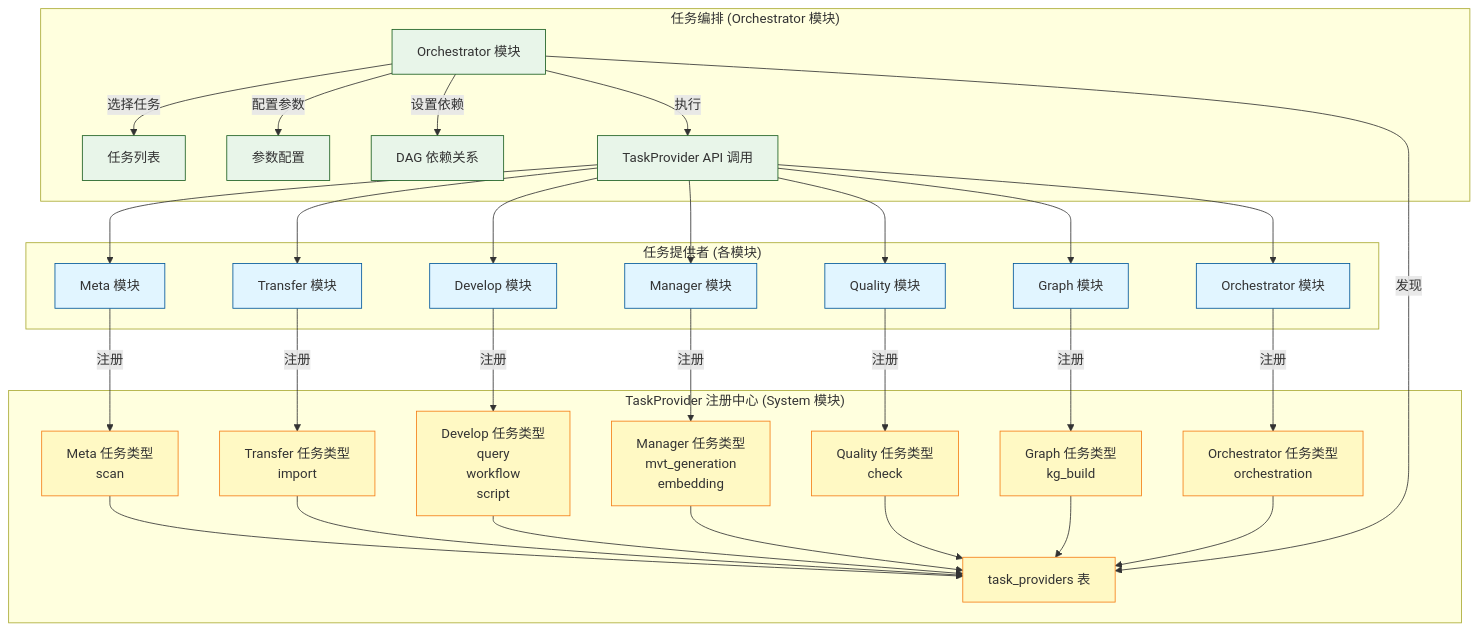
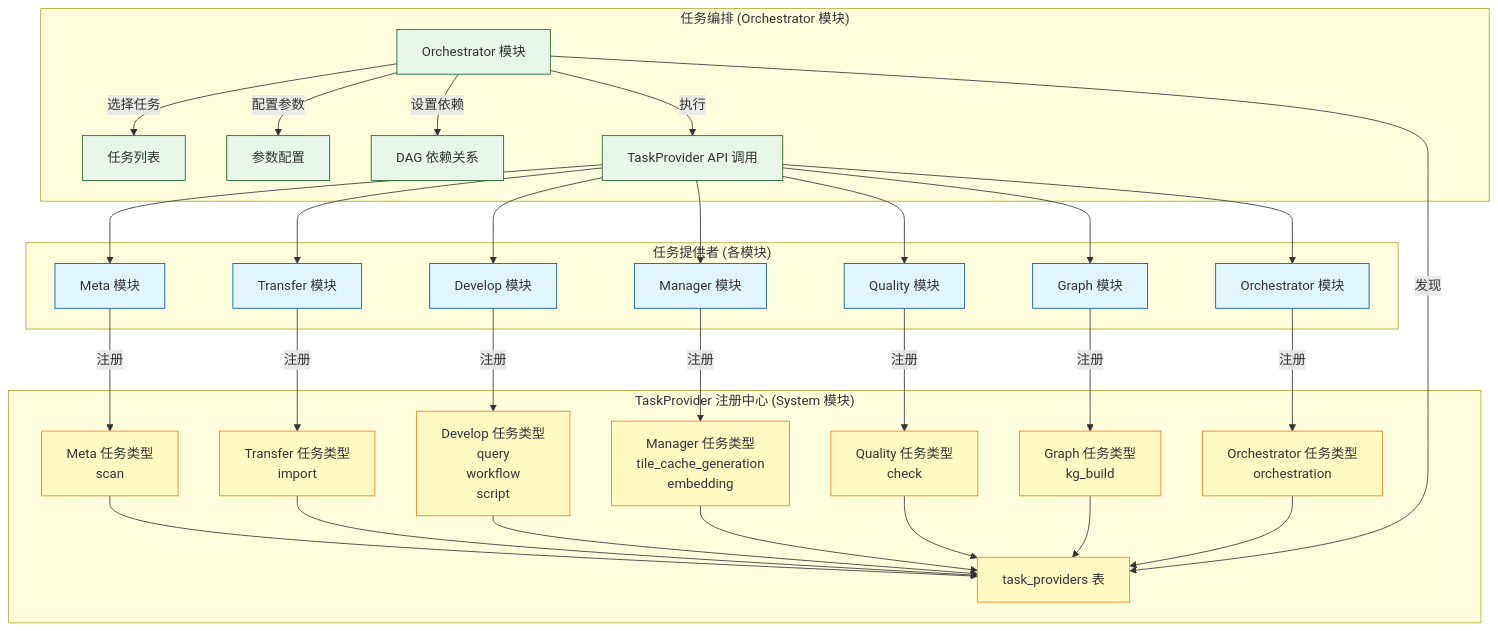
One commit to pampa0629/addp changed the first of 6 diagrams in docs/concepts/addp任务编排体系图.md. Above: the diagram before and after it, drawn with Mermaid. The commit also changed other lines of this file and 136 other files, not shown here.

````diff
--- a/docs/concepts/addp任务编排体系图.md
+++ b/docs/concepts/addp任务编排体系图.md
@@ -35,58 +35,58 @@
 ```mermaid
 graph TB
     subgraph "任务提供者 (各模块)"
         Meta[Meta 模块]
         Transfer[Transfer 模块]
         Develop[Develop 模块]
         Manager[Manager 模块]
         Quality[Quality 模块]
         Graph[Graph 模块]
         OrchestratorProvider[Orchestrator 模块]
     end
 
     subgraph "TaskProvider 注册中心 (System 模块)"
         Registry[task_providers 表]
 
         Meta --> |注册| MetaCap[Meta 任务类型<br/>scan]
         Transfer --> |注册| TransferCap[Transfer 任务类型<br/>import]
         Develop --> |注册| DevelopCap[Develop 任务类型<br/>query<br/>workflow<br/>script]
-        Manager --> |注册| ManagerCap[Manager 任务类型<br/>mvt_generation<br/>embedding]
+        Manager --> |注册| ManagerCap[Manager 任务类型<br/>tile_cache_generation<br/>embedding]
         Quality --> |注册| QualityCap[Quality 任务类型<br/>check]
         Graph --> |注册| GraphCap[Graph 任务类型<br/>kg_build]
         OrchestratorProvider --> |注册| OrchestratorCap[Orchestrator 任务类型<br/>orchestration]
 
         MetaCap --> Registry
         TransferCap --> Registry
         DevelopCap --> Registry
         ManagerCap --> Registry
         QualityCap --> Registry
         GraphCap --> Registry
         OrchestratorCap --> Registry
     end
 
     subgraph "任务编排 (Orchestrator 模块)"
         Orchestrator[Orchestrator 模块]
 
         Orchestrator --> |发现| Registry
         Orchestrator --> |选择任务| Tasks[任务列表]
         Orchestrator --> |配置参数| Params[参数配置]
         Orchestrator --> |设置依赖| DAG[DAG 依赖关系]
         Orchestrator --> |执行| Call[TaskProvider API 调用]
     end
 
     Call --> Meta
     Call --> Transfer
     Call --> Develop
     Call --> Manager
     Call --> Quality
     Call --> Graph
     Call --> OrchestratorProvider
 
     classDef provider fill:#e1f5ff,stroke:#01579b
     classDef registry fill:#fff9c4,stroke:#f57f17
     classDef orchestrator fill:#e8f5e9,stroke:#1b5e20
 
     class Meta,Transfer,Develop,Manager,Quality,Graph,OrchestratorProvider provider
     class Registry,MetaCap,TransferCap,DevelopCap,ManagerCap,QualityCap,GraphCap,OrchestratorCap registry
     class Orchestrator,Tasks,Params,DAG,Call orchestrator
 ```
````
